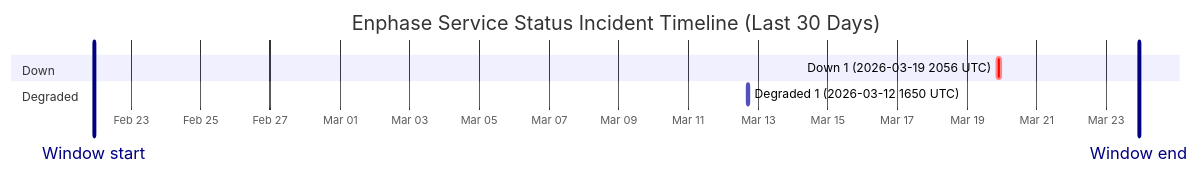
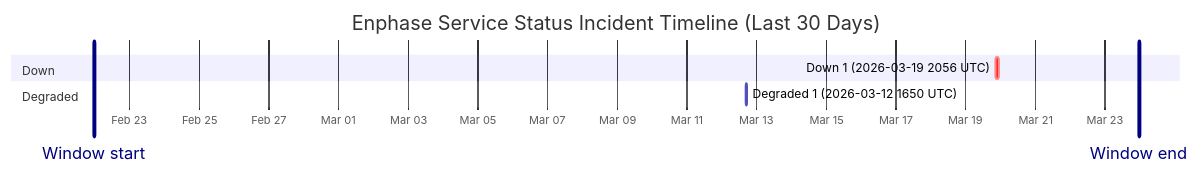
Before and after one commit to barneyonline/ha-enphase-ev-charger: the diagram in wiki/Service-Status-History.md, drawn with Mermaid. The commit also changed other lines of this file and 3 other files, not shown here.

````diff
--- a/wiki/Service-Status-History.md
+++ b/wiki/Service-Status-History.md
@@ -14,12 +14,12 @@
 ```mermaid
 gantt
     title Enphase Service Status Incident Timeline (Last 30 Days)
     dateFormat  YYYY-MM-DDTHH:mm:ss
     axisFormat  %b %d
-    Window start :vert, window-start, 2026-02-21T22:21:47, 0ms
-    Window end :vert, window-end, 2026-03-23T22:21:47, 0ms
+    Window start :vert, window-start, 2026-02-21T23:23:31, 0ms
+    Window end :vert, window-end, 2026-03-23T23:23:31, 0ms
     section Down
     Down 1 (2026-03-19 2056 UTC) :crit, down-1, 2026-03-19T20:56:20, 145m
     section Degraded
     Degraded 1 (2026-03-12 1650 UTC) :active, degraded-1, 2026-03-12T16:50:43, 60m
 ```
````
